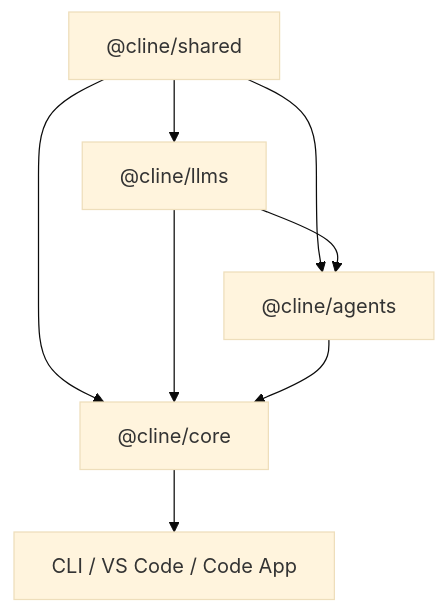
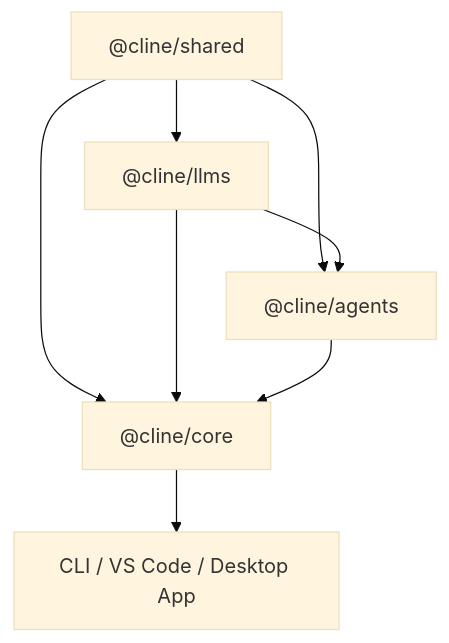
One commit to gabrielmoreira/agent-skills-mirror changed the diagram in mirrors/repos/cline@cline/sdk/AGENTS.md. Above: the diagram before and after it, drawn with Mermaid (base theme). The commit also changed 5889 other files, not shown here.

````diff
--- a/mirrors/repos/cline@cline/sdk/AGENTS.md
+++ b/mirrors/repos/cline@cline/sdk/AGENTS.md
@@ -28,7 +28,7 @@
 ```mermaid
 flowchart TD
   shared["@cline/shared"] --> llms["@cline/llms"] & agents["@cline/agents"] & core["@cline/core"]
   llms --> agents & core
   agents --> core
-  core --> apps["CLI / VS Code / Code App"]
+  core --> apps["CLI / VS Code / Desktop App"]
 ```
````
